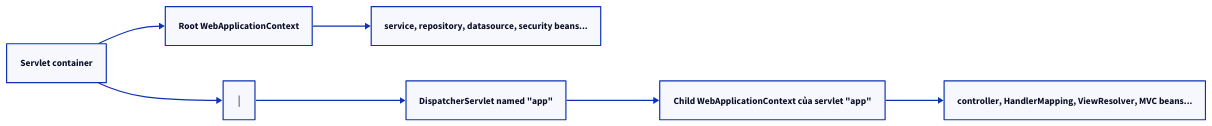
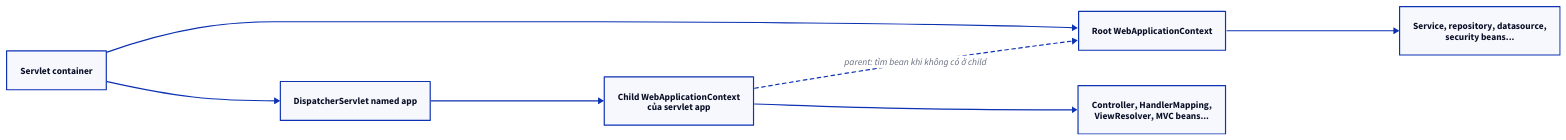
One commit to vanhiep99w/java-learn changed the fourth of 11 diagrams in content/docs/spring/dispatcher-servlet.md. Above: the diagram before and after it, drawn with D2. The commit also changed 62 other files, not shown here.

Commit message:
feat(docs): upgrade docs-kit and optimize diagram layouts

````diff
--- a/content/docs/spring/dispatcher-servlet.md
+++ b/content/docs/spring/dispatcher-servlet.md
@@ -245,16 +245,15 @@
 ```d2 title="5.1. Servlet container và ApplicationContext"
 direction: right
-t0: "Servlet container"
-t1: "Root WebApplicationContext"
-t0 -> t1
-t2: "service, repository, datasource, security beans..."
-t1 -> t2
-t3: "│"
-t0 -> t3
-t4: "DispatcherServlet named \"app\""
-t3 -> t4
-t5: "Child WebApplicationContext của servlet \"app\""
-t4 -> t5
-t6: "controller, HandlerMapping, ViewResolver, MVC beans..."
-t5 -> t6
+container: "Servlet container"
+root: "Root WebApplicationContext"
+shared: "Service, repository, datasource,\nsecurity beans..."
+servlet: "DispatcherServlet named app"
+child: "Child WebApplicationContext\ncủa servlet app"
+mvc: "Controller, HandlerMapping,\nViewResolver, MVC beans..."
+container -> root
+root -> shared
+container -> servlet
+servlet -> child
+child -> mvc
+child -> root: "parent: tìm bean khi không có ở child" { style.stroke-dash: 3 }
 ```
````
